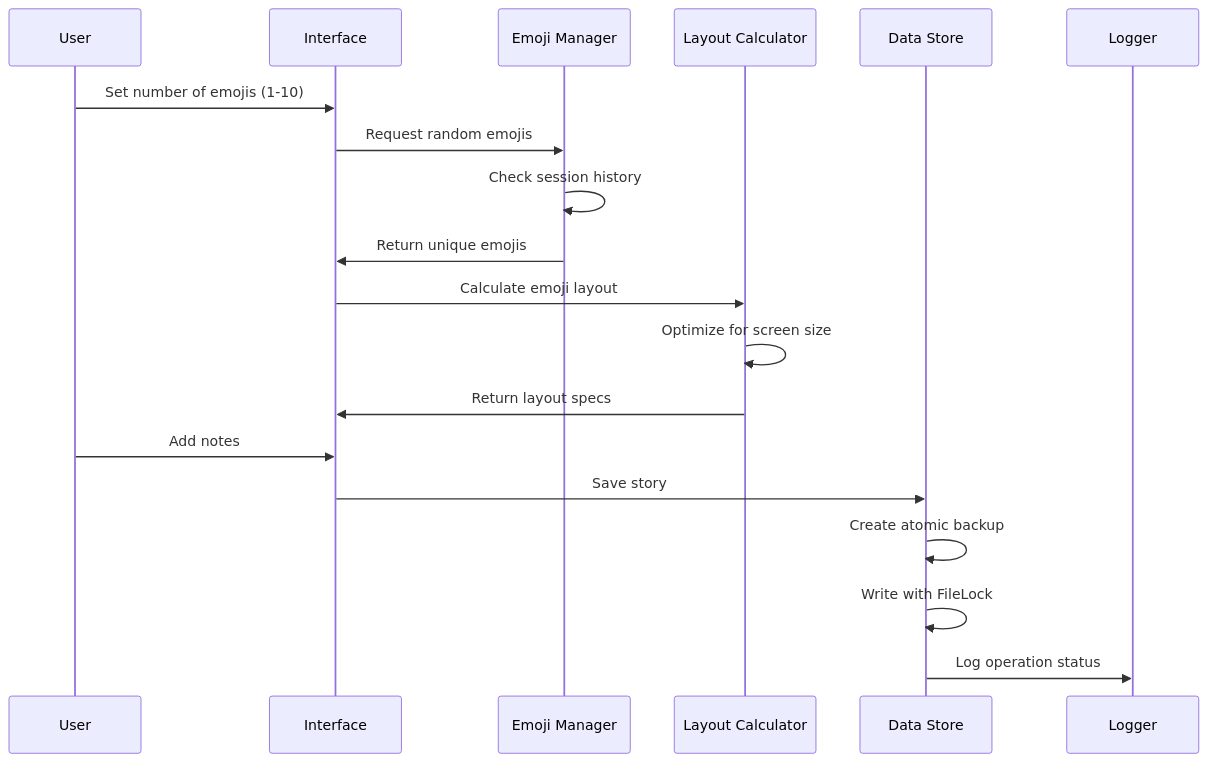
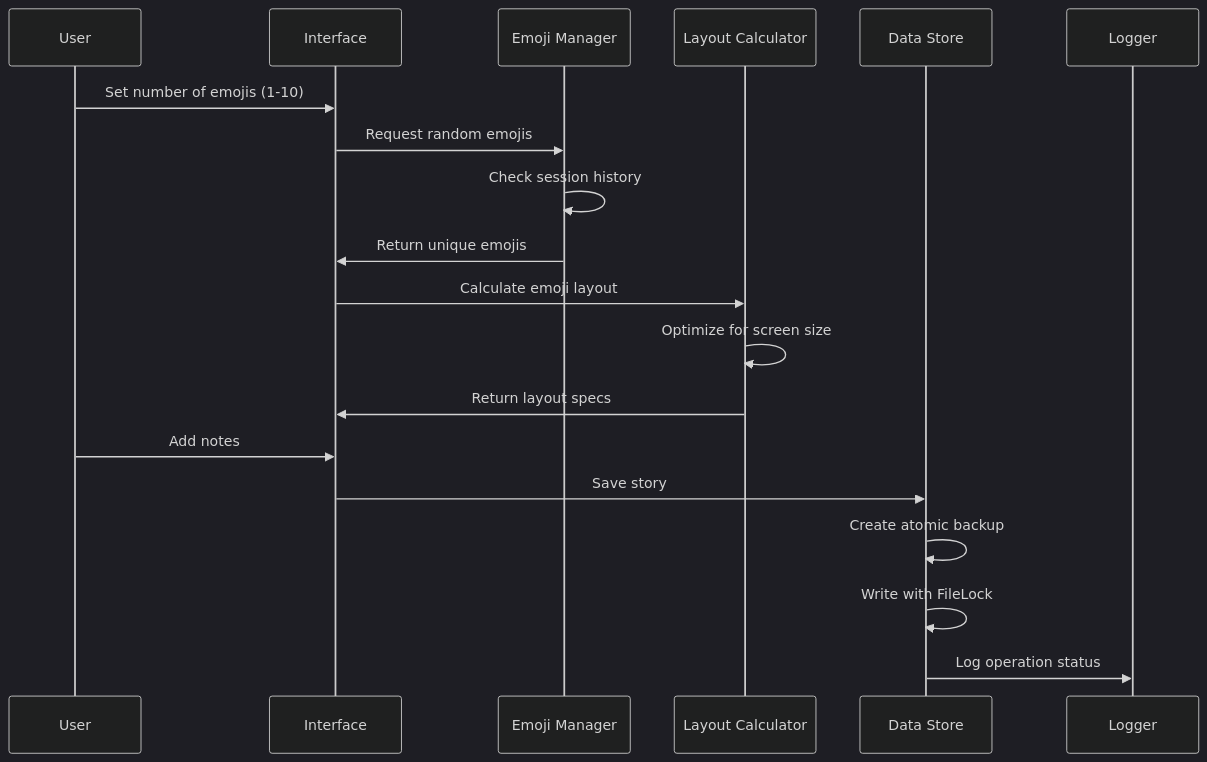
The second of 4 diagrams in readme.md (pleabargain/emoji-story-builder), drawn with Mermaid before and after one commit. The commit also changed other lines of this file, not shown here.

Commit message:
fixed the bad color schema on the mermaid files

````diff
--- a/readme.md
+++ b/readme.md
@@ -29,22 +25,23 @@
 ```mermaid
+%%{init: {'theme': 'dark'}}%%
 sequenceDiagram
     participant U as User
     participant UI as Interface
     participant EM as Emoji Manager
     participant LC as Layout Calculator
     participant DS as Data Store
     participant L as Logger
     
     U->>UI: Set number of emojis (1-10)
     UI->>EM: Request random emojis
     EM->>EM: Check session history
     EM->>UI: Return unique emojis
     UI->>LC: Calculate emoji layout
     LC->>LC: Optimize for screen size
     LC->>UI: Return layout specs
     U->>UI: Add notes
     UI->>DS: Save story
     DS->>DS: Create atomic backup
     DS->>DS: Write with FileLock
     DS->>L: Log operation status
 ```
````
